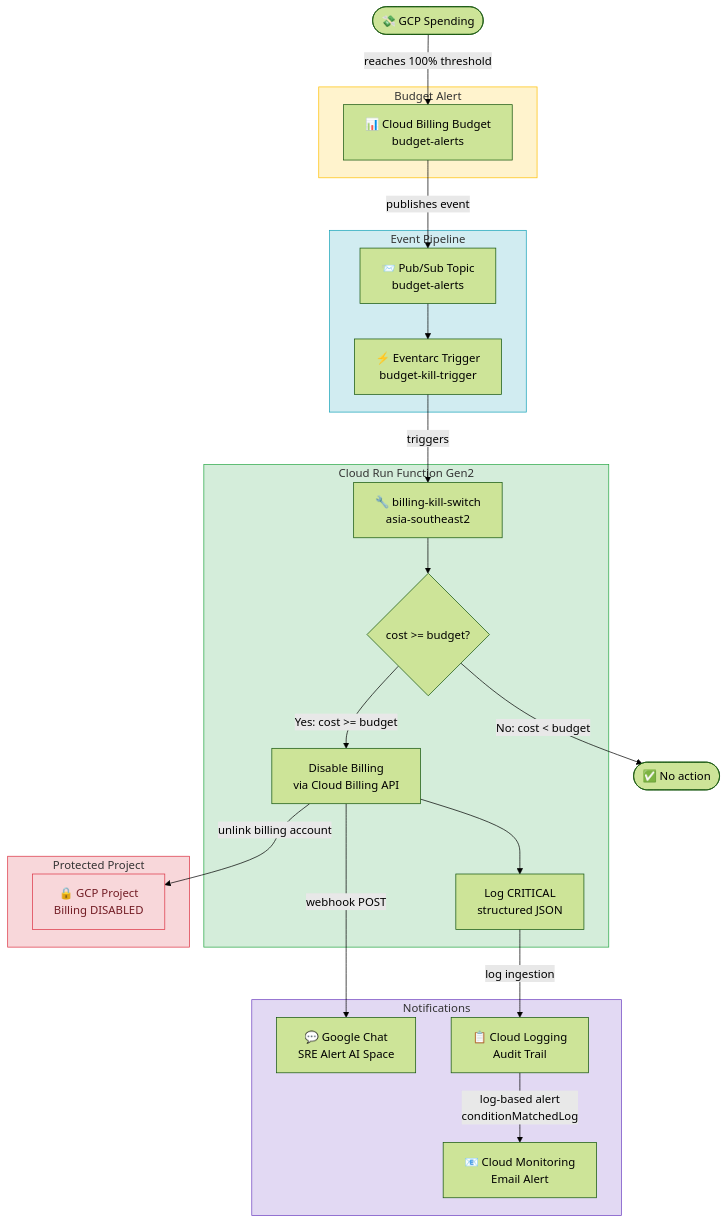
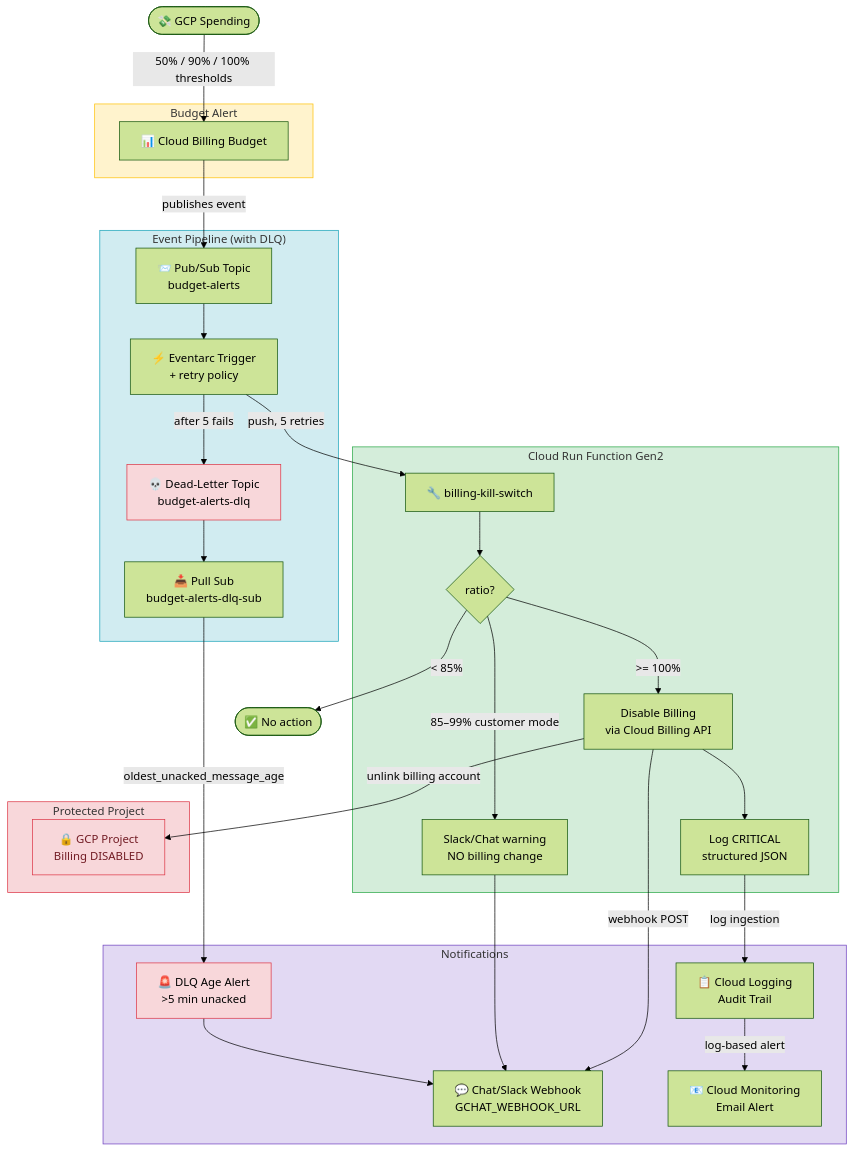
The diagram in README.md (satriawandicky/gcp-billing-kill-switch), drawn with Mermaid (forest theme) before and after one commit. The commit also changed other lines of this file and 2 other files, not shown here.

First line of the commit message:
feat: P1 rollout gaps — DLQ, customer mode, Slack-compatible webhook

````diff
--- a/README.md
+++ b/README.md
@@ -44,49 +51,61 @@
 ```mermaid
 flowchart TD
-    A([💸 GCP Spending]) -->|reaches 100% threshold| B
+    A([💸 GCP Spending]) -->|50% / 90% / 100% thresholds| B
 
     subgraph BUDGET ["Budget Alert"]
-        B[📊 Cloud Billing Budget\nbudget-alerts]
+        B[📊 Cloud Billing Budget]
     end
 
-    subgraph MESSAGING ["Event Pipeline"]
+    subgraph MESSAGING ["Event Pipeline (with DLQ)"]
         C[📨 Pub/Sub Topic\nbudget-alerts]
-        D[⚡ Eventarc Trigger\nbudget-kill-trigger]
+        D[⚡ Eventarc Trigger\n+ retry policy]
+        DLQ[💀 Dead-Letter Topic\nbudget-alerts-dlq]
+        DLQSUB[📥 Pull Sub\nbudget-alerts-dlq-sub]
     end
 
     subgraph FUNCTION ["Cloud Run Function Gen2"]
-        E[🔧 billing-kill-switch\nasia-southeast2]
-        E1{cost >= budget?}
+        E[🔧 billing-kill-switch]
+        E0{ratio?}
+        EW[Slack/Chat warning\nNO billing change]
         E2[Disable Billing\nvia Cloud Billing API]
         E3[Log CRITICAL\nstructured JSON]
     end
 
     subgraph NOTIFICATIONS ["Notifications"]
-        F[💬 Google Chat\nSRE Alert AI Space]
+        F[💬 Chat/Slack Webhook\nGCHAT_WEBHOOK_URL]
         G[📧 Cloud Monitoring\nEmail Alert]
+        DLQA[🚨 DLQ Age Alert\n>5 min unacked]
         H[📋 Cloud Logging\nAudit Trail]
     end
 
     subgraph TARGET ["Protected Project"]
         I[🔒 GCP Project\nBilling DISABLED]
     end
 
     B -->|publishes event| C
     C --> D
-    D -->|triggers| E
-    E --> E1
-    E1 -->|No: cost < budget| Z([✅ No action])
-    E1 -->|Yes: cost >= budget| E2
+    D -->|push, 5 retries| E
+    D -->|after 5 fails| DLQ
+    DLQ --> DLQSUB
+    DLQSUB -->|oldest_unacked_message_age| DLQA
+    DLQA --> F
+    E --> E0
+    E0 -->|< 85%| Z([✅ No action])
+    E0 -->|85–99% customer mode| EW
+    EW --> F
+    E0 -->|>= 100%| E2
     E2 --> E3
     E2 -->|unlink billing account| I
     E2 -->|webhook POST| F
     E3 -->|log ingestion| H
-    H -->|log-based alert\nconditionMatchedLog| G
+    H -->|log-based alert| G
 
     style BUDGET fill:#fff3cd,stroke:#ffc107
     style MESSAGING fill:#d1ecf1,stroke:#17a2b8
     style FUNCTION fill:#d4edda,stroke:#28a745
     style NOTIFICATIONS fill:#e2d9f3,stroke:#6f42c1
     style TARGET fill:#f8d7da,stroke:#dc3545
     style I fill:#f8d7da,stroke:#dc3545,color:#721c24
+    style DLQ fill:#f8d7da,stroke:#dc3545
+    style DLQA fill:#f8d7da,stroke:#dc3545
 ```
````
